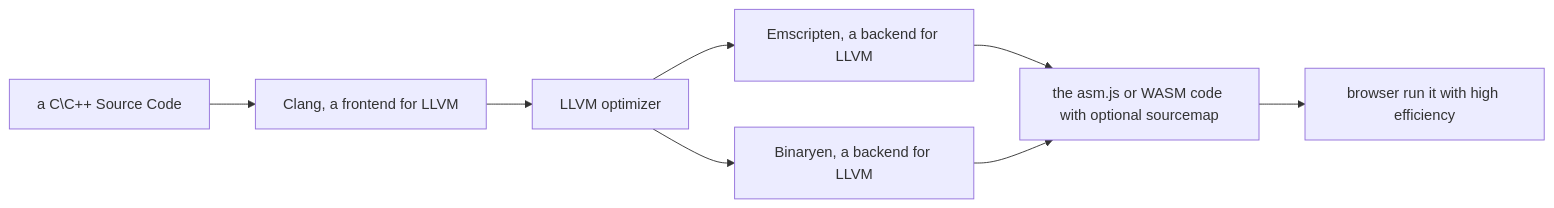
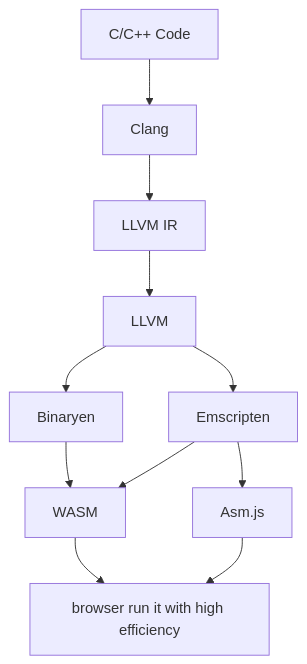
One commit to Vladimirirr/Sealeded changed the diagram in articles/WebAssembly/index.md. Above: the diagram before and after it, drawn with Mermaid. The commit also changed other lines of this file and 4 other files, not shown here.

````diff
--- a/articles/WebAssembly/index.md
+++ b/articles/WebAssembly/index.md
@@ -58,13 +98,17 @@
 ```mermaid
-graph LR
+graph TD
 
-sourceCode["a C\C++ Source Code"] --> frontend["Clang, a frontend for LLVM"] --> llvm["LLVM optimizer"]
+cCode["C/C++ Code"] --> cCompiler["Clang"] --> ir["LLVM IR"] --> llvm["LLVM"]
 
-llvm --> backendEmscripten["Emscripten, a backend for LLVM"] --> result
-llvm --> backendBinaryen["Binaryen, a backend for LLVM"] --> result
+llvm --> backendEmscripten["Emscripten"]
+llvm --> backendBinaryen["Binaryen"] --> result
 
-result["the asm.js or WASM code with optional sourcemap"] --> run
+backendEmscripten --> result
+backendEmscripten --> resultAsm
+
+result["WASM"] --> run
+resultAsm["Asm.js"] --> run
 
 run["browser run it with high efficiency"]
 
 ```
````
